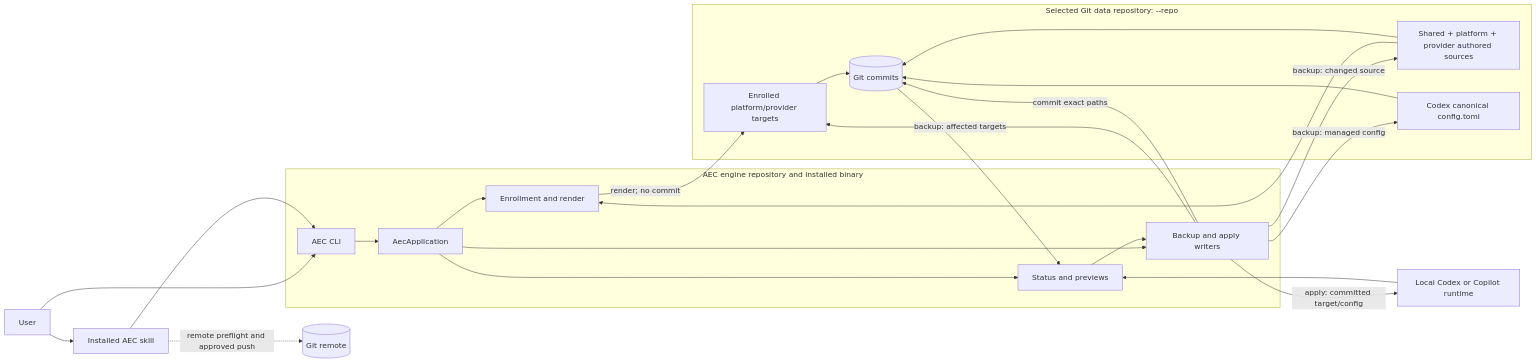
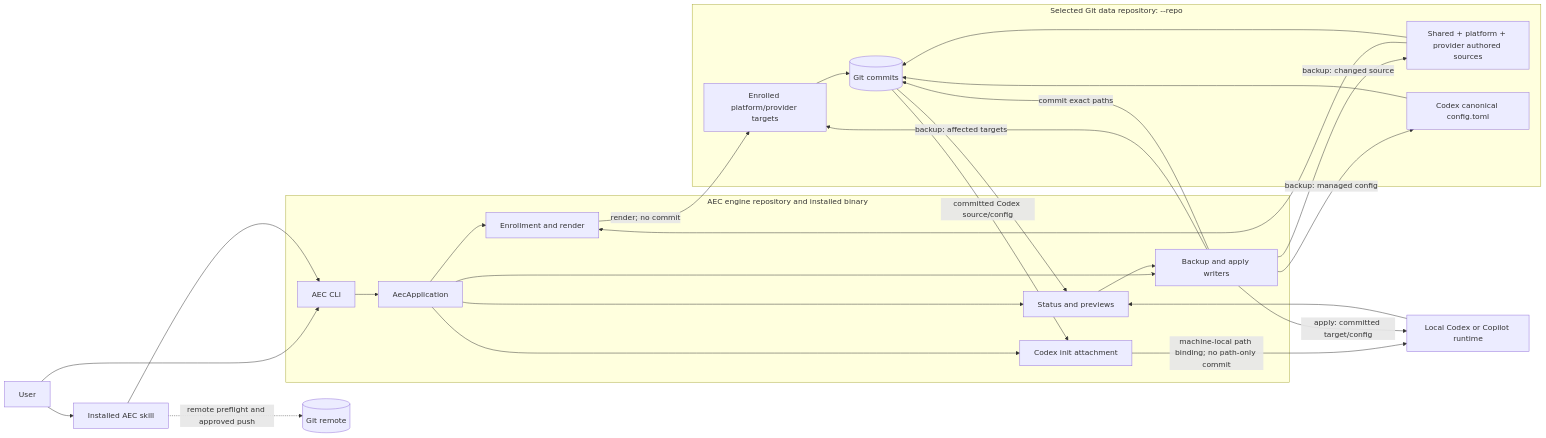
One commit to ferrywlto/ai-env-as-code changed the first of 3 diagrams in docs/architecture.md. Above: the diagram before and after it, drawn with Mermaid. The commit also changed other lines of this file and 7 other files, not shown here.

Commit message:
fix(init): keep Codex repository rebind local

````diff
--- a/docs/architecture.md
+++ b/docs/architecture.md
@@ -10,35 +10,38 @@
 ```mermaid
 flowchart LR
     User[User] --> Skill[Installed AEC skill]
     User --> CLI[AEC CLI]
     Skill --> CLI
     Skill -.->|remote preflight and approved push| Remote[(Git remote)]
 
     subgraph Engine[AEC engine repository and installed binary]
         CLI --> Route[AecApplication]
         Route --> Compose[Enrollment and render]
+        Route --> Attach[Codex init attachment]
         Route --> Inspect[Status and previews]
         Route --> Writers[Backup and apply writers]
     end
 
     subgraph Data[Selected Git data repository: --repo]
         Sources[Shared + platform + provider authored sources]
         Targets[Enrolled platform/provider targets]
         Config[Codex canonical config.toml]
         History[(Git commits)]
     end
 
     Compose -->|render; no commit| Targets
     Sources --> Compose
     Sources --> History
     Targets --> History
     Config --> History
     History --> Inspect
+    History -->|committed Codex source/config| Attach
+    Attach -->|machine-local path binding; no path-only commit| Runtime[Local Codex or Copilot runtime]
     Inspect --> Writers
     Writers -->|backup: changed source| Sources
     Writers -->|backup: affected targets| Targets
     Writers -->|backup: managed config| Config
     Writers -->|commit exact paths| History
-    Writers -->|apply: committed target/config| Runtime[Local Codex or Copilot runtime]
+    Writers -->|apply: committed target/config| Runtime
     Runtime --> Inspect
 ```
````
